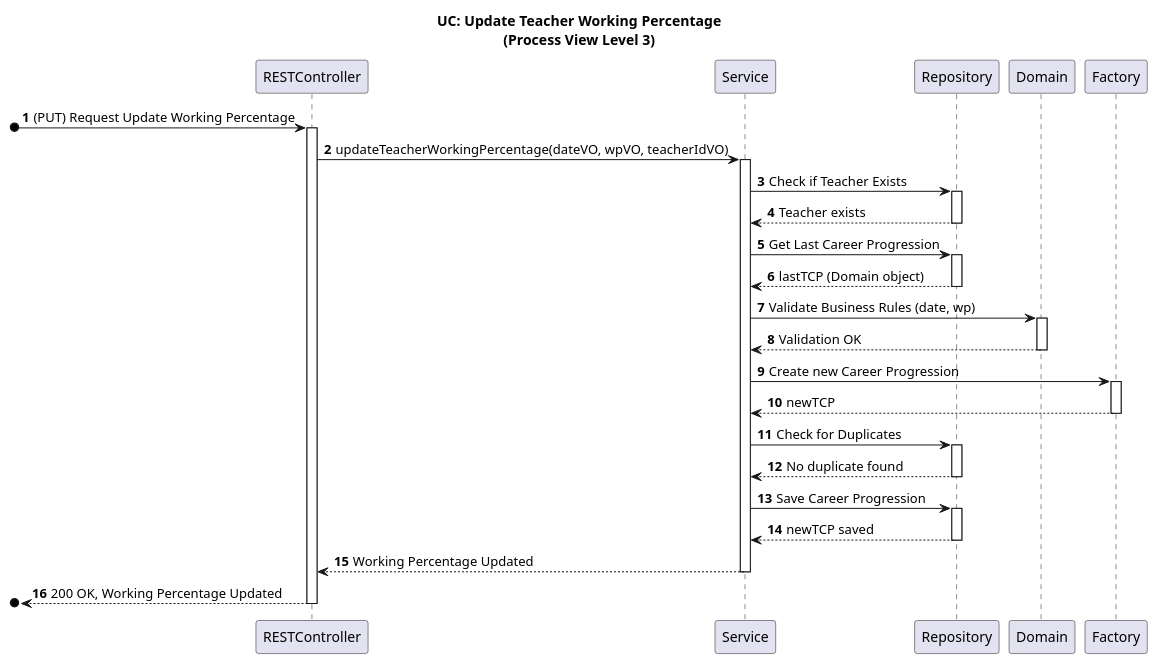
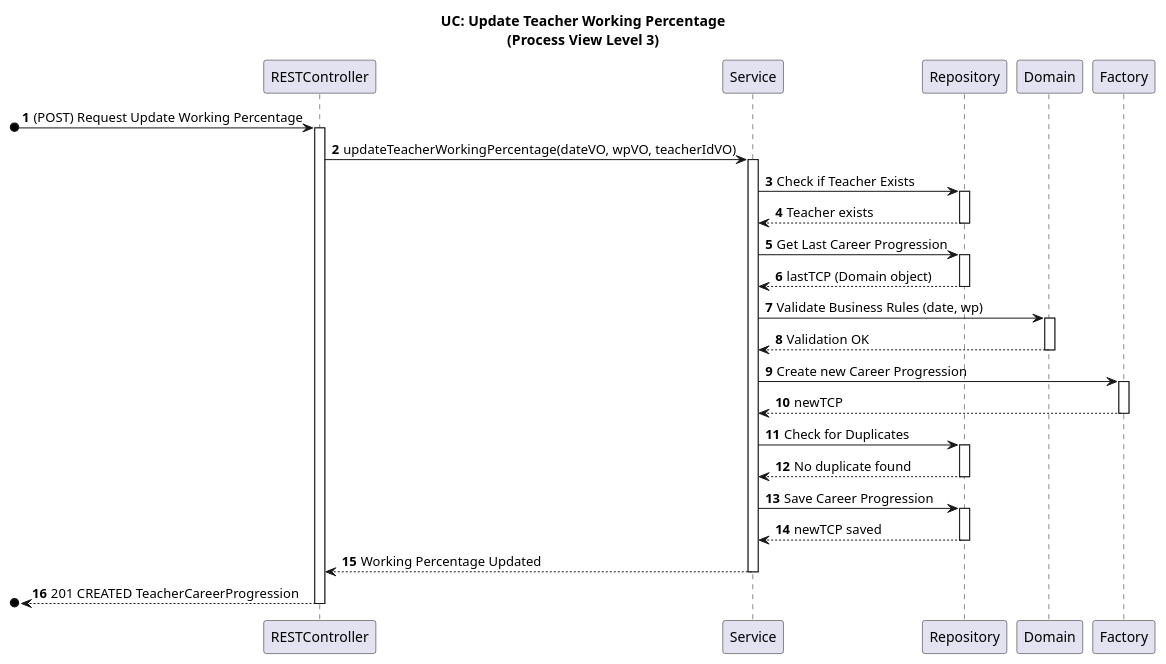
Before and after one commit to GasparISEP/DevOps-PAI: the diagram in docs/US15/Sprint6/ProcessView/Level3.puml, drawn with PlantUML. The commit also changed 1 other file, not shown here.

Commit message:
Fix diagrams ProcessView level3 and level4 of UpgradeTeacherWP. Related to #582

```diff
--- a/docs/US15/Sprint6/ProcessView/Level3.puml
+++ b/docs/US15/Sprint6/ProcessView/Level3.puml
@@ -1,52 +1,52 @@
 @startuml
 
 title UC: Update Teacher Working Percentage\n(Process View Level 3)
 autonumber
 
 participant "RESTController" as RC
 participant "Service" as S
 participant "Repository" as R
 participant "Domain" as D
 participant "Factory" as F
 
-[o-> RC: (PUT) Request Update Working Percentage
+[o-> RC: (POST) Request Update Working Percentage
 activate RC
 RC -> S: updateTeacherWorkingPercentage(dateVO, wpVO, teacherIdVO)
 activate S
 
 S -> R: Check if Teacher Exists
 activate R
 R --> S: Teacher exists
 deactivate R
 
 S -> R: Get Last Career Progression
 activate R
 R --> S: lastTCP (Domain object)
 deactivate R
 
 S -> D: Validate Business Rules (date, wp)
 activate D
 D --> S: Validation OK
 deactivate D
 
 S -> F: Create new Career Progression
 activate F
 F --> S: newTCP
 deactivate F
 
 S -> R: Check for Duplicates
 activate R
 R --> S: No duplicate found
 deactivate R
 
 S -> R: Save Career Progression
 activate R
 R --> S: newTCP saved
 deactivate R
 
 S --> RC: Working Percentage Updated
 deactivate S
-[o<-- RC: 200 OK, Working Percentage Updated
+[o<-- RC: 201 CREATED TeacherCareerProgression
 deactivate RC
 
 @enduml
```
